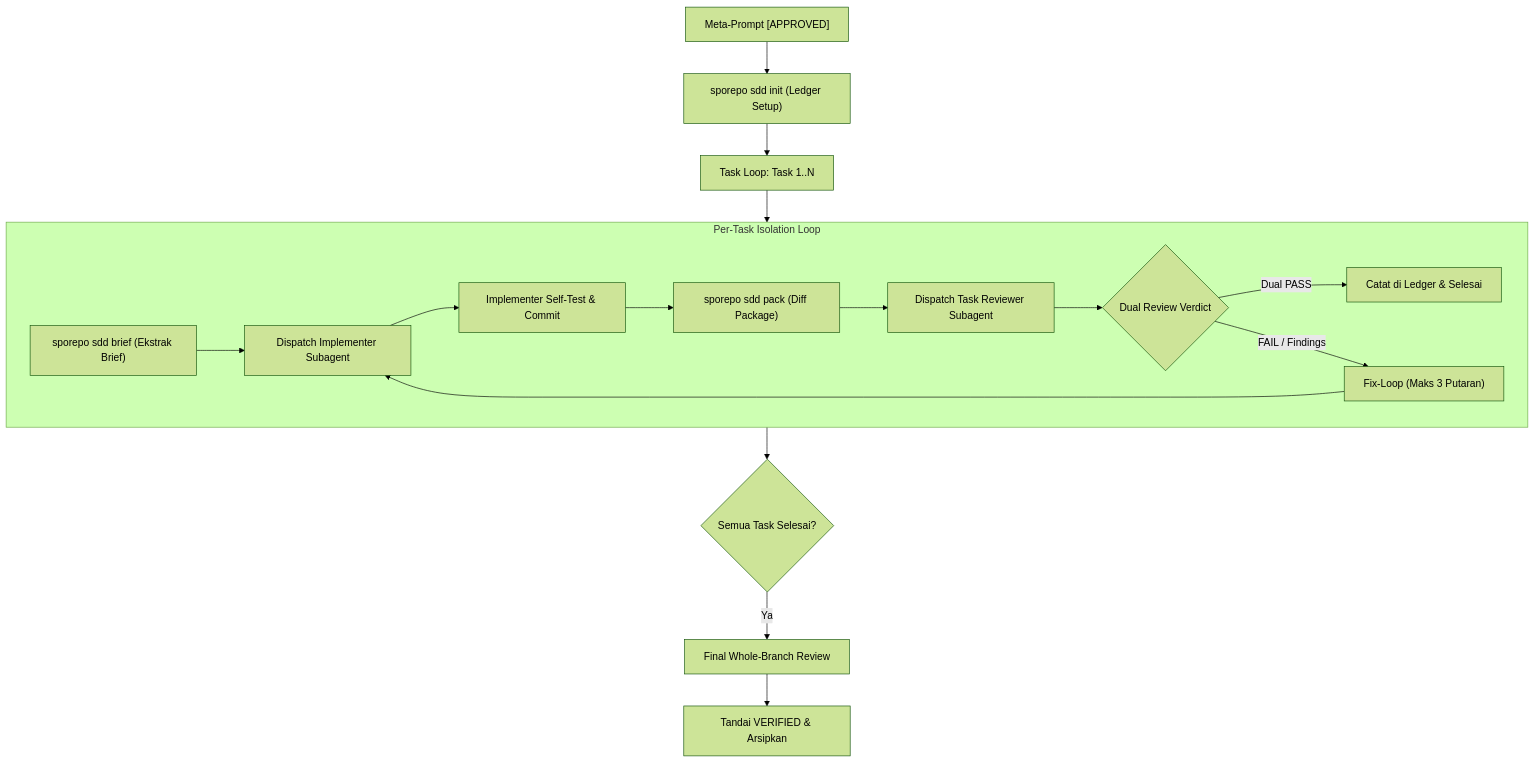
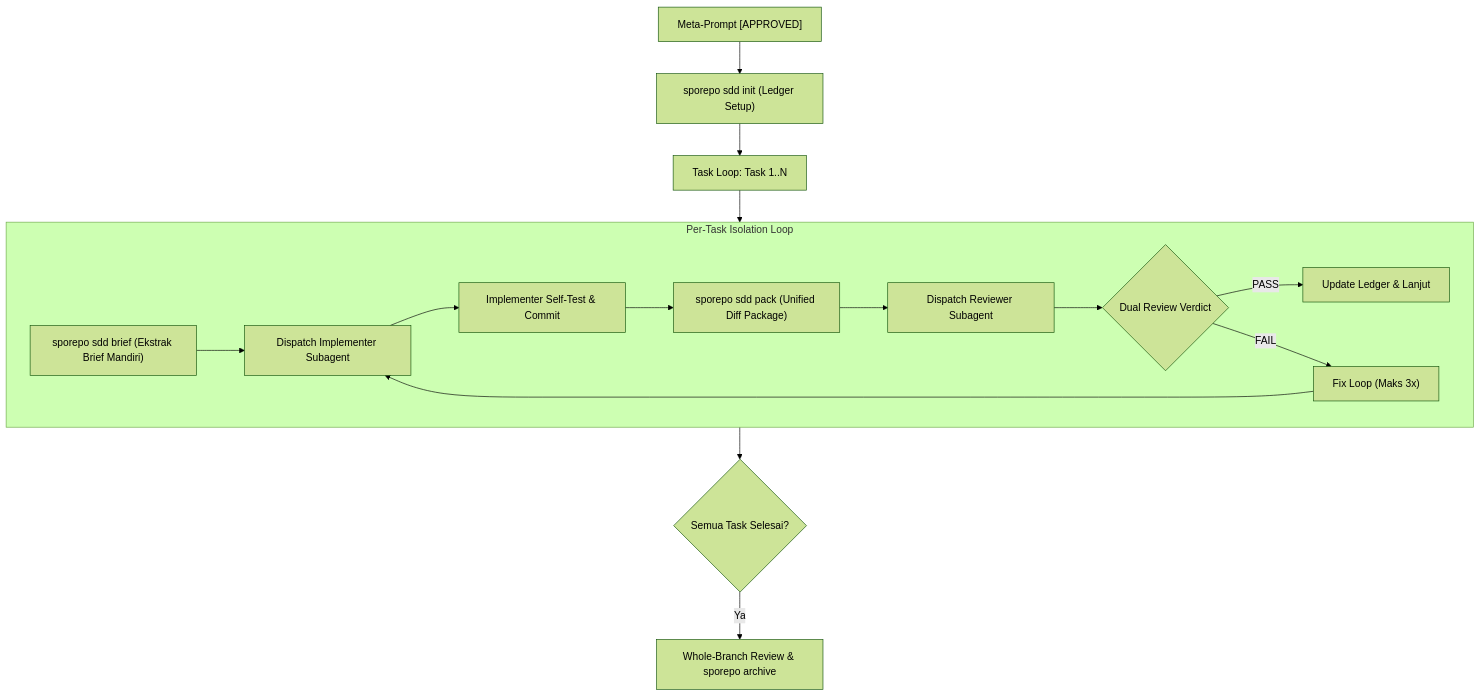
One commit to dimas-sulaksono/sporepo changed the diagram in docs/sdd-orchestration.md. Above: the diagram before and after it, drawn with Mermaid (forest theme). The commit also changed other lines of this file and 8 other files, not shown here.

````diff
--- a/docs/sdd-orchestration.md
+++ b/docs/sdd-orchestration.md
@@ -13,21 +9,20 @@
 ```mermaid
 flowchart TD
     A["Meta-Prompt [APPROVED]"] --> B["sporepo sdd init (Ledger Setup)"]
     B --> C["Task Loop: Task 1..N"]
     
     subgraph TaskLoop ["Per-Task Isolation Loop"]
-        C1["sporepo sdd brief (Ekstrak Brief)"] --> C2["Dispatch Implementer Subagent"]
+        C1["sporepo sdd brief (Ekstrak Brief Mandiri)"] --> C2["Dispatch Implementer Subagent"]
         C2 --> C3["Implementer Self-Test & Commit"]
-        C3 --> C4["sporepo sdd pack (Diff Package)"]
-        C4 --> C5["Dispatch Task Reviewer Subagent"]
+        C3 --> C4["sporepo sdd pack (Unified Diff Package)"]
+        C4 --> C5["Dispatch Reviewer Subagent"]
         C5 --> C6{"Dual Review Verdict"}
-        C6 -->|"Dual PASS"| C7["Catat di Ledger & Selesai"]
-        C6 -->|"FAIL / Findings"| C8["Fix-Loop (Maks 3 Putaran)"]
+        C6 -->|"PASS"| C7["Update Ledger & Lanjut"]
+        C6 -->|"FAIL"| C8["Fix Loop (Maks 3x)"]
         C8 --> C2
     end
     
     C --> TaskLoop
     TaskLoop --> D{"Semua Task Selesai?"}
-    D -->|"Ya"| E["Final Whole-Branch Review"]
-    E --> F["Tandai VERIFIED & Arsipkan"]
+    D -->|"Ya"| E["Whole-Branch Review & sporepo archive"]
 ```
````
